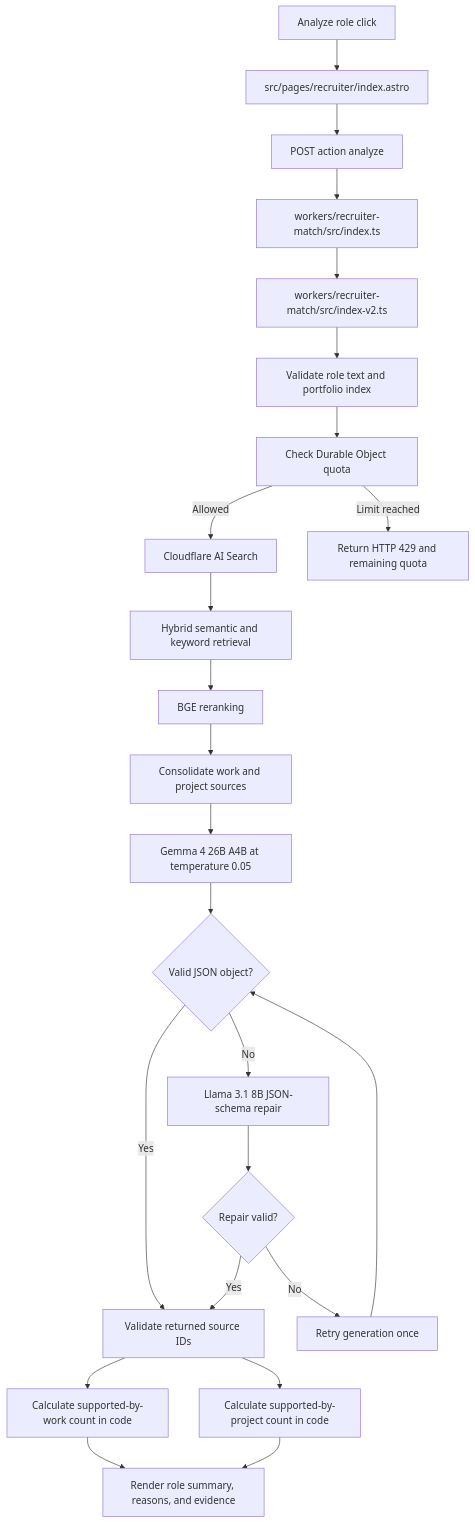
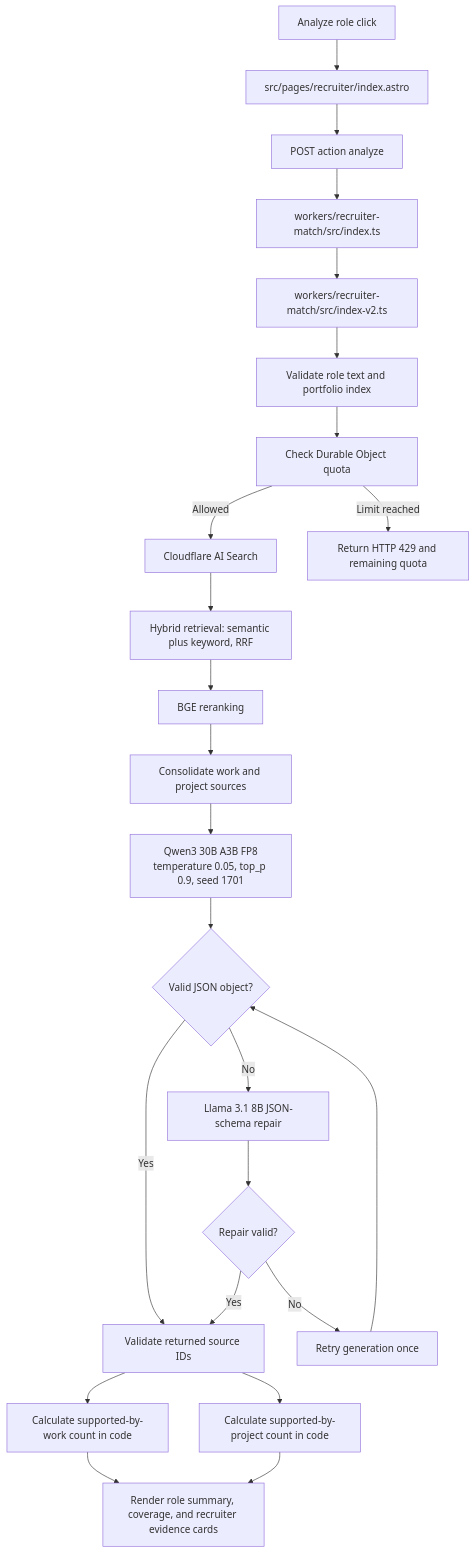
Before and after one commit to burtonmakes/burtonmakes.github.io: the third of 4 diagrams in docs/RECRUITER_ASSISTANT_WORKFLOW.md, drawn with Mermaid. The commit also changed other lines of this file and 2 other files, not shown here.

Commit message:
feat(recruiter): simplify evidence cards and workflow docs

````diff
--- a/docs/RECRUITER_ASSISTANT_WORKFLOW.md
+++ b/docs/RECRUITER_ASSISTANT_WORKFLOW.md
@@ -39,26 +84,26 @@
 ```mermaid
 flowchart TD
     A[Analyze role click] --> B[src/pages/recruiter/index.astro]
     B --> C[POST action analyze]
     C --> D[workers/recruiter-match/src/index.ts]
     D --> E[workers/recruiter-match/src/index-v2.ts]
     E --> F[Validate role text and portfolio index]
     F --> G[Check Durable Object quota]
     G -->|Allowed| H[Cloudflare AI Search]
     G -->|Limit reached| Z[Return HTTP 429 and remaining quota]
-    H --> I[Hybrid semantic and keyword retrieval]
+    H --> I[Hybrid retrieval: semantic plus keyword, RRF]
     I --> J[BGE reranking]
     J --> K[Consolidate work and project sources]
-    K --> L[Gemma 4 26B A4B at temperature 0.05]
+    K --> L[Qwen3 30B A3B FP8<br/>temperature 0.05, top_p 0.9, seed 1701]
     L --> M{Valid JSON object?}
     M -->|Yes| N[Validate returned source IDs]
     M -->|No| R[Llama 3.1 8B JSON-schema repair]
     R --> S{Repair valid?}
     S -->|Yes| N
     S -->|No| T[Retry generation once]
     T --> M
     N --> O[Calculate supported-by-work count in code]
     N --> P[Calculate supported-by-project count in code]
-    O --> Q[Render role summary, reasons, and evidence]
+    O --> Q[Render role summary, coverage, and recruiter evidence cards]
     P --> Q
 ```
````
